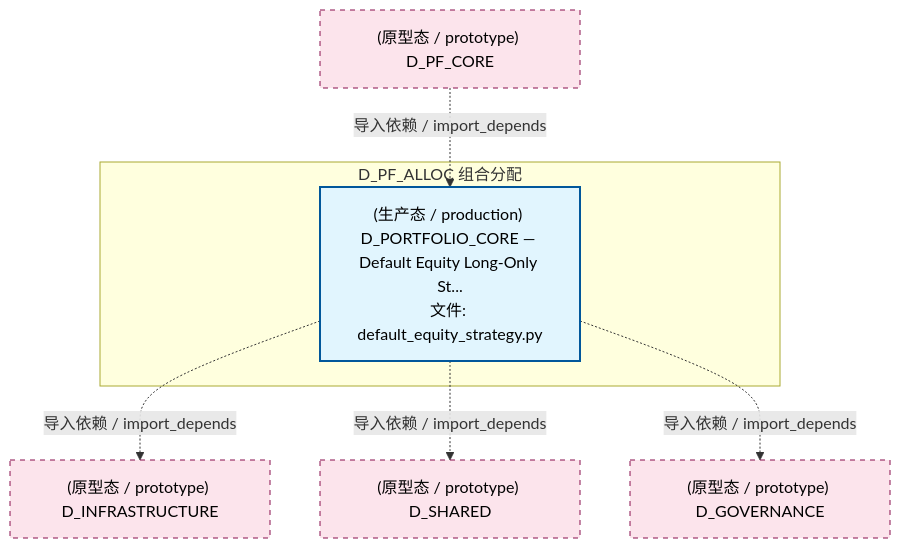
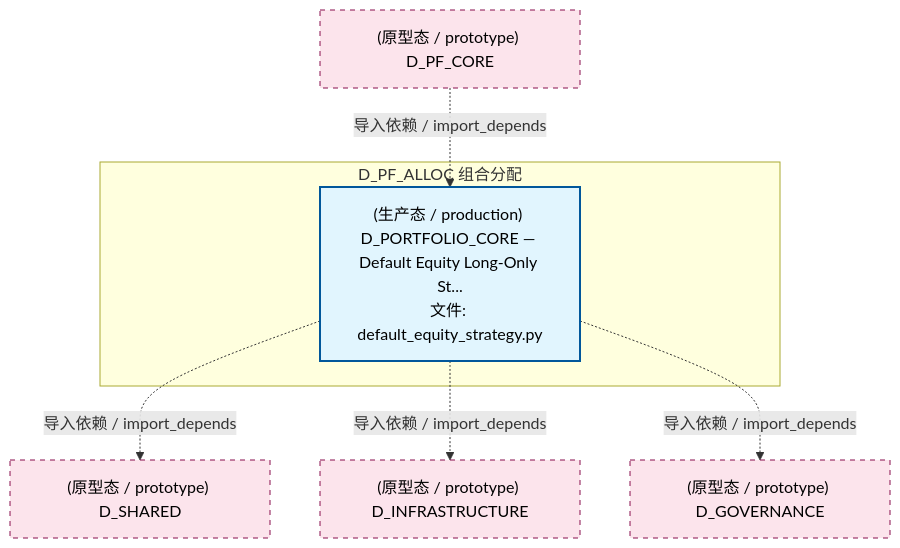
Before and after one commit to xuanFelixVan/ZephyrAlpha: the second of 5 diagrams in docs/02_enterprise_architecture/02_domain_architecture_docs/51_d_pf_alloc.md, drawn with Mermaid. The commit also changed other lines of this file and 125 other files, not shown here.

````diff
--- a/docs/02_enterprise_architecture/02_domain_architecture_docs/51_d_pf_alloc.md
+++ b/docs/02_enterprise_architecture/02_domain_architecture_docs/51_d_pf_alloc.md
@@ -111,20 +111,20 @@
 ```mermaid
 graph TD
     subgraph D_PF_ALLOC["D_PF_ALLOC 组合分配"]
         src_zephyr_pf_core_default_equity_strategy_py["(生产态 / production) D_PORTFOLIO_CORE — Default Equity Long-Only St...<br/>文件: default_equity_strategy.py"]
     end
+    D_SHARED["(原型态 / prototype) D_SHARED"]
+    src_zephyr_pf_core_default_equity_strategy_py -.->|导入依赖 / import_depends| D_SHARED
     D_INFRASTRUCTURE["(原型态 / prototype) D_INFRASTRUCTURE"]
     src_zephyr_pf_core_default_equity_strategy_py -.->|导入依赖 / import_depends| D_INFRASTRUCTURE
-    D_SHARED["(原型态 / prototype) D_SHARED"]
-    src_zephyr_pf_core_default_equity_strategy_py -.->|导入依赖 / import_depends| D_SHARED
     D_GOVERNANCE["(原型态 / prototype) D_GOVERNANCE"]
     src_zephyr_pf_core_default_equity_strategy_py -.->|导入依赖 / import_depends| D_GOVERNANCE
     D_PF_CORE["(原型态 / prototype) D_PF_CORE"]
     D_PF_CORE -.->|导入依赖 / import_depends| src_zephyr_pf_core_default_equity_strategy_py
     classDef production fill:#e1f5fe,stroke:#01579b,stroke-width:2px,color:#000
     classDef design fill:#fff3e0,stroke:#e65100,stroke-width:2px,color:#000,stroke-dasharray: 5 5
     classDef external_prod fill:#e8f5e9,stroke:#1b5e20,stroke-width:1px,color:#000
     classDef external_design fill:#fce4ec,stroke:#880e4f,stroke-width:1px,color:#000,stroke-dasharray: 5 5
     class src_zephyr_pf_core_default_equity_strategy_py production
-    class D_INFRASTRUCTURE,D_SHARED,D_GOVERNANCE,D_PF_CORE external_design
+    class D_SHARED,D_INFRASTRUCTURE,D_GOVERNANCE,D_PF_CORE external_design
 ```
````
